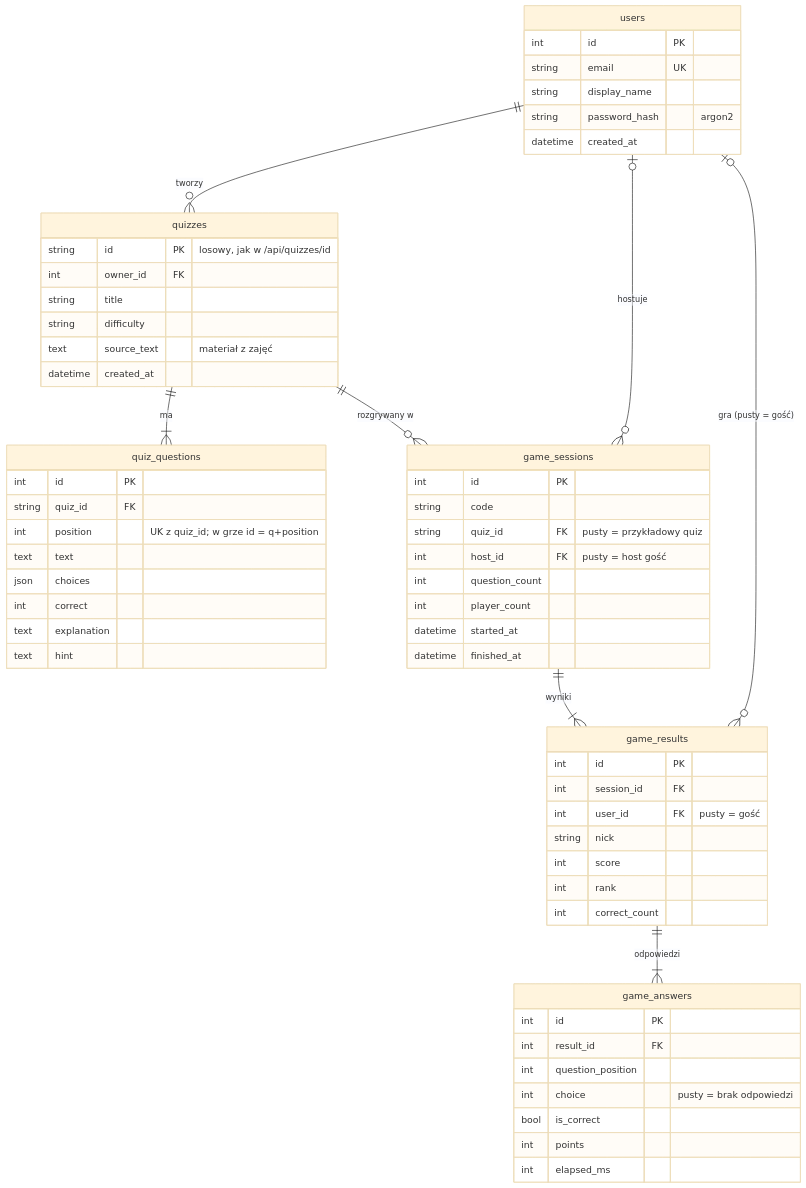
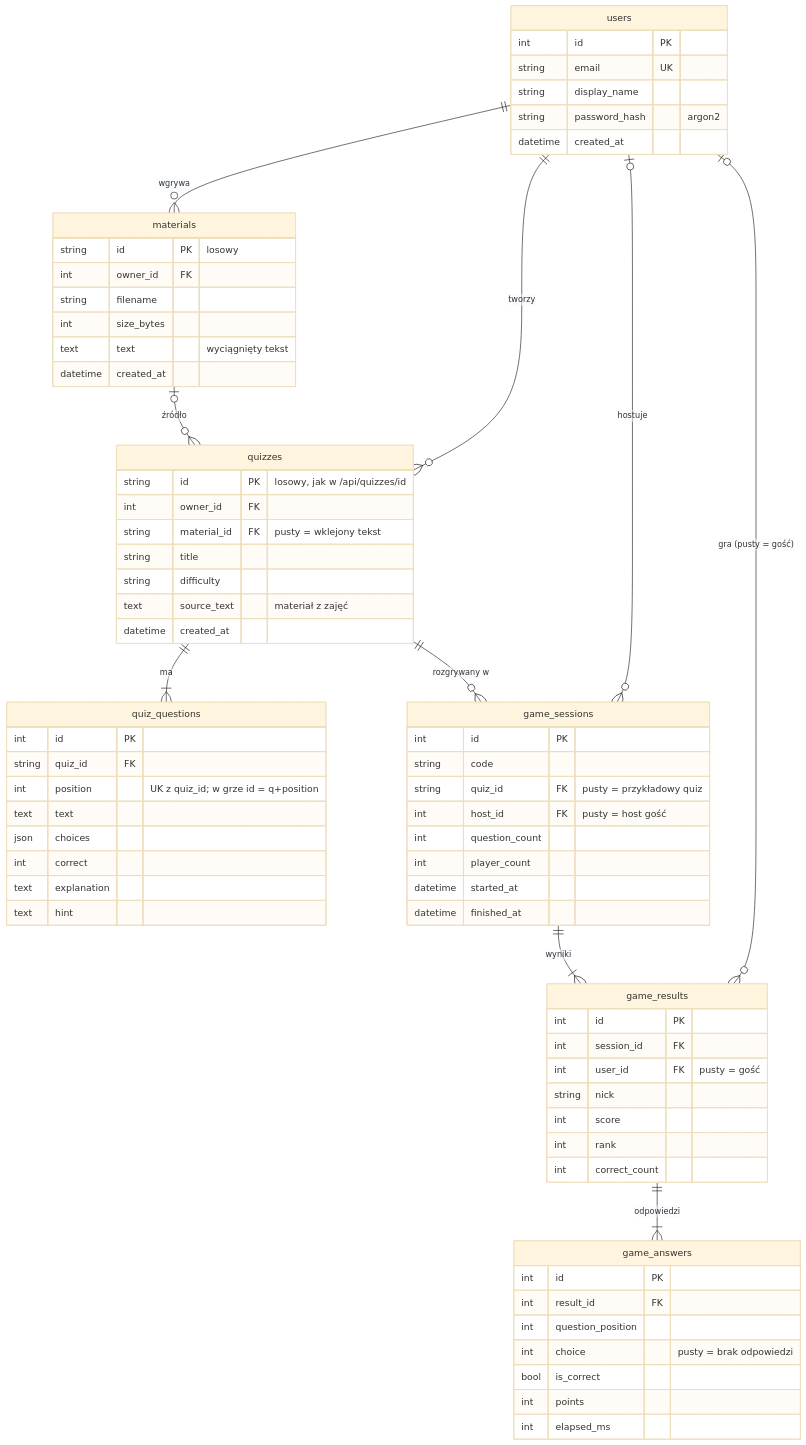
Before and after one commit to MrAzzer/Qui: the diagram in Backend/README.md, drawn with Mermaid (base theme). The commit also changed other lines of this file and 9 other files, not shown here.

````diff
--- a/Backend/README.md
+++ b/Backend/README.md
@@ -119,64 +131,75 @@
 ```mermaid
 erDiagram
+    users ||--o{ materials : "wgrywa"
+    materials |o--o{ quizzes : "źródło"
     users ||--o{ quizzes : "tworzy"
     quizzes ||--|{ quiz_questions : "ma"
     quizzes ||--o{ game_sessions : "rozgrywany w"
     users |o--o{ game_sessions : "hostuje"
     game_sessions ||--|{ game_results : "wyniki"
     users |o--o{ game_results : "gra (pusty = gość)"
     game_results ||--|{ game_answers : "odpowiedzi"
 
     users {
         int id PK
         string email UK
         string display_name
         string password_hash "argon2"
         datetime created_at
     }
+    materials {
+        string id PK "losowy"
+        int owner_id FK
+        string filename
+        int size_bytes
+        text text "wyciągnięty tekst"
+        datetime created_at
+    }
     quizzes {
         string id PK "losowy, jak w /api/quizzes/id"
         int owner_id FK
+        string material_id FK "pusty = wklejony tekst"
         string title
         string difficulty
         text source_text "materiał z zajęć"
         datetime created_at
     }
     quiz_questions {
         int id PK
         string quiz_id FK
         int position "UK z quiz_id; w grze id = q+position"
         text text
         json choices
         int correct
         text explanation
         text hint
     }
     game_sessions {
         int id PK
         string code
         string quiz_id FK "pusty = przykładowy quiz"
         int host_id FK "pusty = host gość"
         int question_count
         int player_count
         datetime started_at
         datetime finished_at
     }
     game_results {
         int id PK
         int session_id FK
         int user_id FK "pusty = gość"
         string nick
         int score
         int rank
         int correct_count
     }
     game_answers {
         int id PK
         int result_id FK
         int question_position
         int choice "pusty = brak odpowiedzi"
         bool is_correct
         int points
         int elapsed_ms
     }
 ```
````
